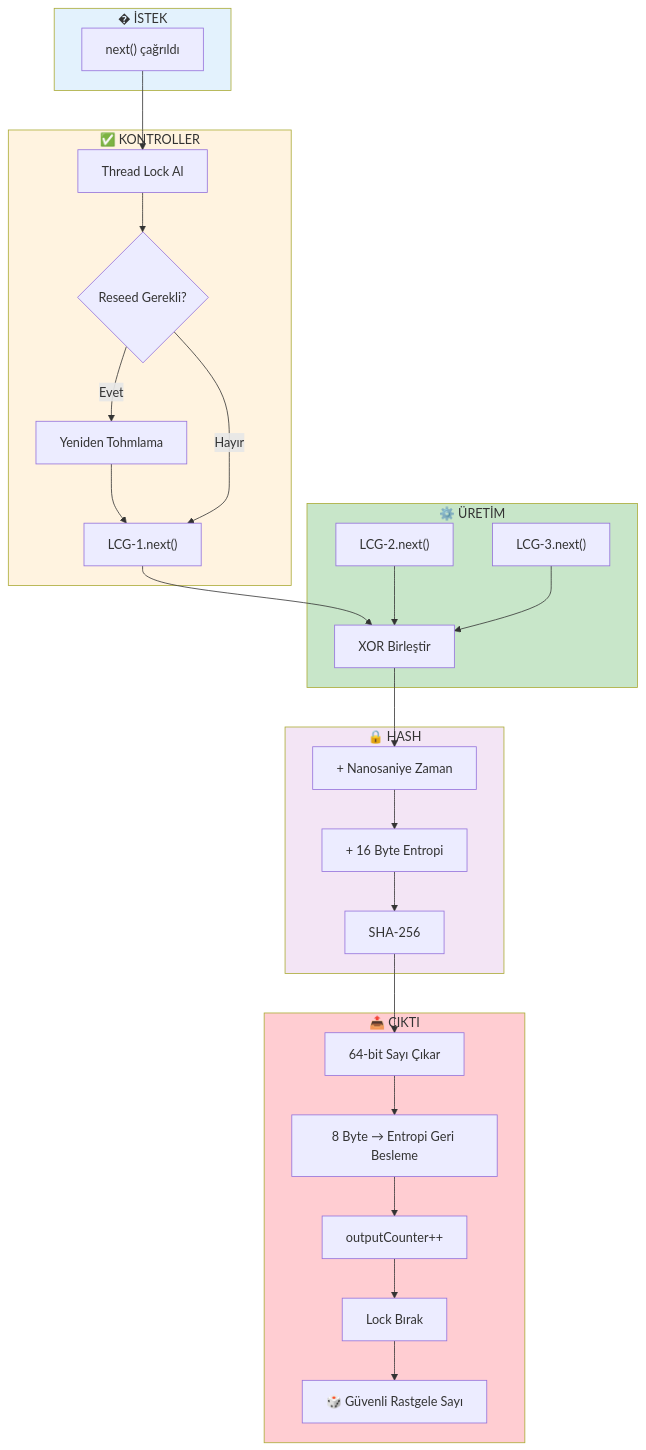
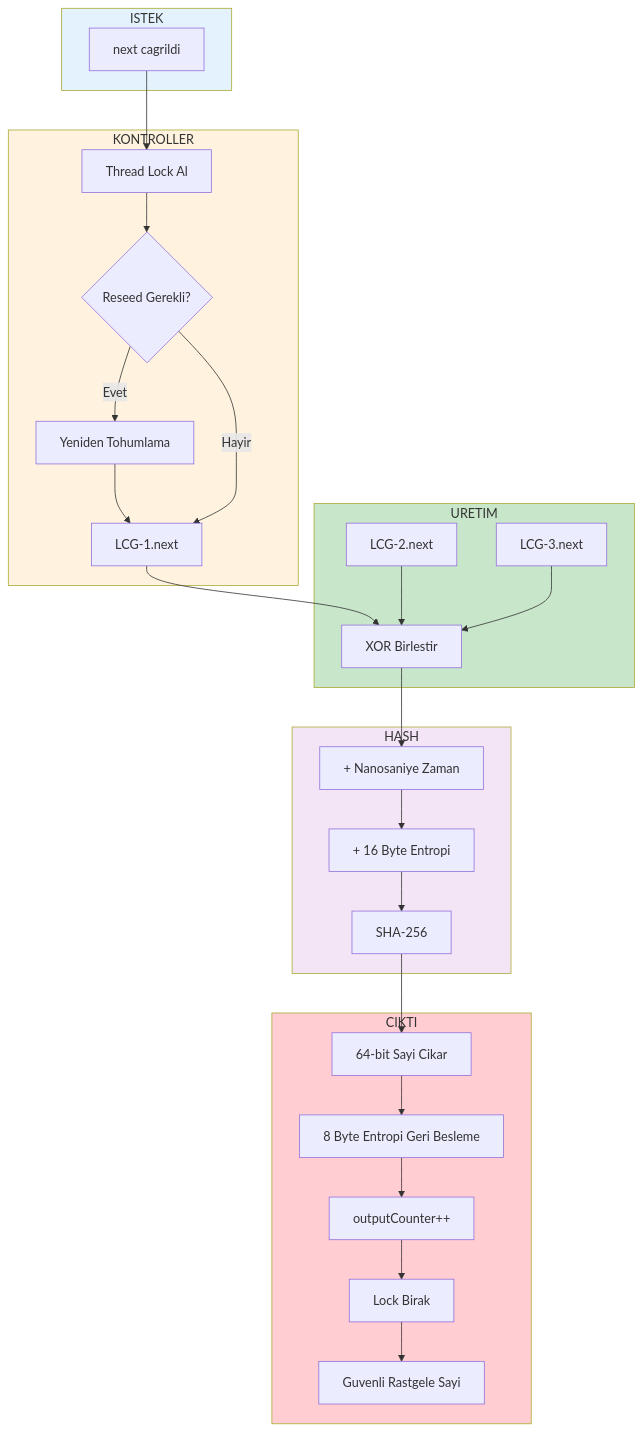
One commit to Samet230/Rastgele_Sayi_Ureteci changed the eighth of 9 diagrams in docs/FLOWCHART.md. Above: the diagram before and after it, drawn with Mermaid. The commit also changed other lines of this file, not shown here.

Commit message:
fix: Mermaid syntax duzeltildi - GitHub uyumlulugu

````diff
--- a/docs/FLOWCHART.md
+++ b/docs/FLOWCHART.md
@@ -264,43 +264,43 @@
 ```mermaid
 flowchart TD
-    subgraph REQUEST["� İSTEK"]
-        R["next() çağrıldı"]
+    subgraph REQUEST["ISTEK"]
+        R["next cagrildi"]
     end
     
-    subgraph CHECK["✅ KONTROLLER"]
+    subgraph CHECK["KONTROLLER"]
         R --> C1["Thread Lock Al"]
         C1 --> C2{Reseed Gerekli?}
-        C2 -->|Evet| RS["Yeniden Tohmlama"]
+        C2 -->|Evet| RS["Yeniden Tohumlama"]
         RS --> G1
-        C2 -->|Hayır| G1
+        C2 -->|Hayir| G1
     end
     
-    subgraph GENERATE["⚙️ ÜRETİM"]
-        G1["LCG-1.next()"] 
-        G2["LCG-2.next()"]
-        G3["LCG-3.next()"]
-        G1 --> X["XOR Birleştir"]
+    subgraph GENERATE["URETIM"]
+        G1["LCG-1.next"] 
+        G2["LCG-2.next"]
+        G3["LCG-3.next"]
+        G1 --> X["XOR Birlestir"]
         G2 --> X
         G3 --> X
     end
     
-    subgraph HASH["🔒 HASH"]
+    subgraph HASHZONE["HASH"]
         X --> H1["+ Nanosaniye Zaman"]
         H1 --> H2["+ 16 Byte Entropi"]
         H2 --> H3["SHA-256"]
     end
     
-    subgraph OUTPUT["📤 ÇIKTI"]
-        H3 --> O1["64-bit Sayı Çıkar"]
-        O1 --> O2["8 Byte → Entropi Geri Besleme"]
+    subgraph OUTPUT["CIKTI"]
+        H3 --> O1["64-bit Sayi Cikar"]
+        O1 --> O2["8 Byte Entropi Geri Besleme"]
         O2 --> O3["outputCounter++"]
-        O3 --> O4["Lock Bırak"]
-        O4 --> O5["🎲 Güvenli Rastgele Sayı"]
+        O3 --> O4["Lock Birak"]
+        O4 --> O5["Guvenli Rastgele Sayi"]
     end
     
     style REQUEST fill:#e3f2fd
     style CHECK fill:#fff3e0
     style GENERATE fill:#c8e6c9
-    style HASH fill:#f3e5f5
+    style HASHZONE fill:#f3e5f5
     style OUTPUT fill:#ffcdd2
 ```
````
